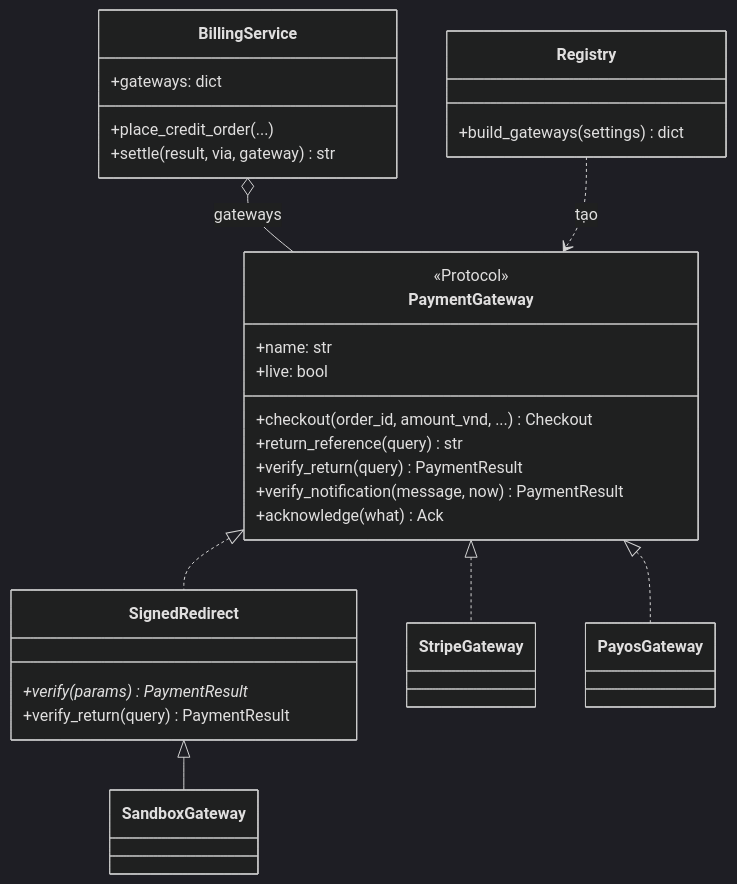
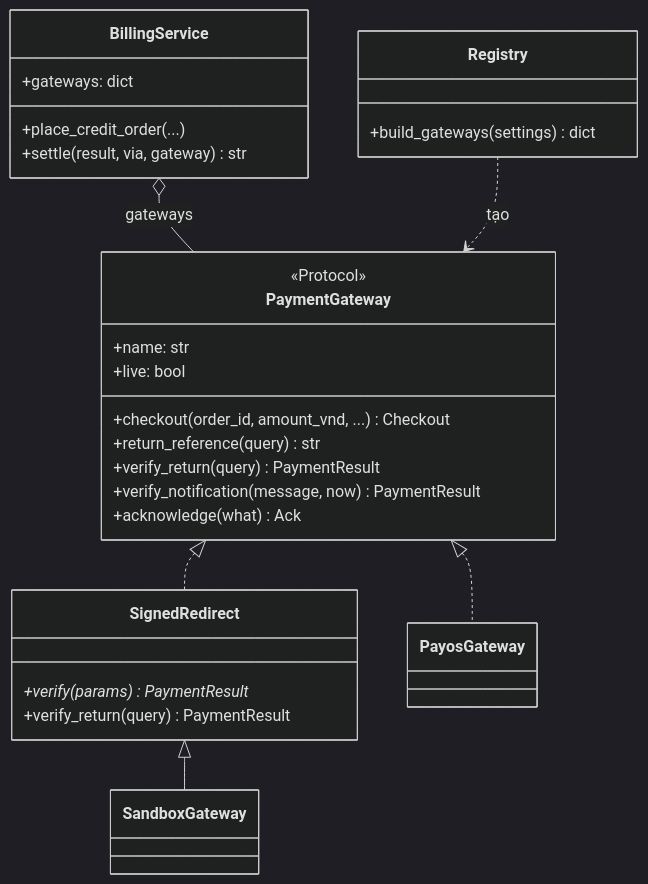
Before and after one commit to ThanhSangLouis/ai-assessor-cefr: the first of 2 diagrams in docs/sdd/DESIGN_PATTERNS.md, drawn with Mermaid (dark theme). The commit also changed other lines of this file and 37 other files, not shown here.

````diff
--- a/docs/sdd/DESIGN_PATTERNS.md
+++ b/docs/sdd/DESIGN_PATTERNS.md
@@ -43,34 +42,32 @@
 ```mermaid
 classDiagram
     class PaymentGateway {
         <<Protocol>>
         +name: str
         +live: bool
         +checkout(order_id, amount_vnd, ...) Checkout
         +return_reference(query) str
         +verify_return(query) PaymentResult
         +verify_notification(message, now) PaymentResult
         +acknowledge(what) Ack
     }
     class SignedRedirect {
         +verify(params)* PaymentResult
         +verify_return(query) PaymentResult
     }
     class SandboxGateway
-    class StripeGateway
     class PayosGateway
     class BillingService {
         +gateways: dict
         +place_credit_order(...)
         +settle(result, via, gateway) str
     }
     class Registry {
         +build_gateways(settings) dict
     }
     PaymentGateway <|.. SignedRedirect
     SignedRedirect <|-- SandboxGateway
-    PaymentGateway <|.. StripeGateway
     PaymentGateway <|.. PayosGateway
     BillingService o-- PaymentGateway : gateways
     Registry ..> PaymentGateway : tạo
 ```
````
